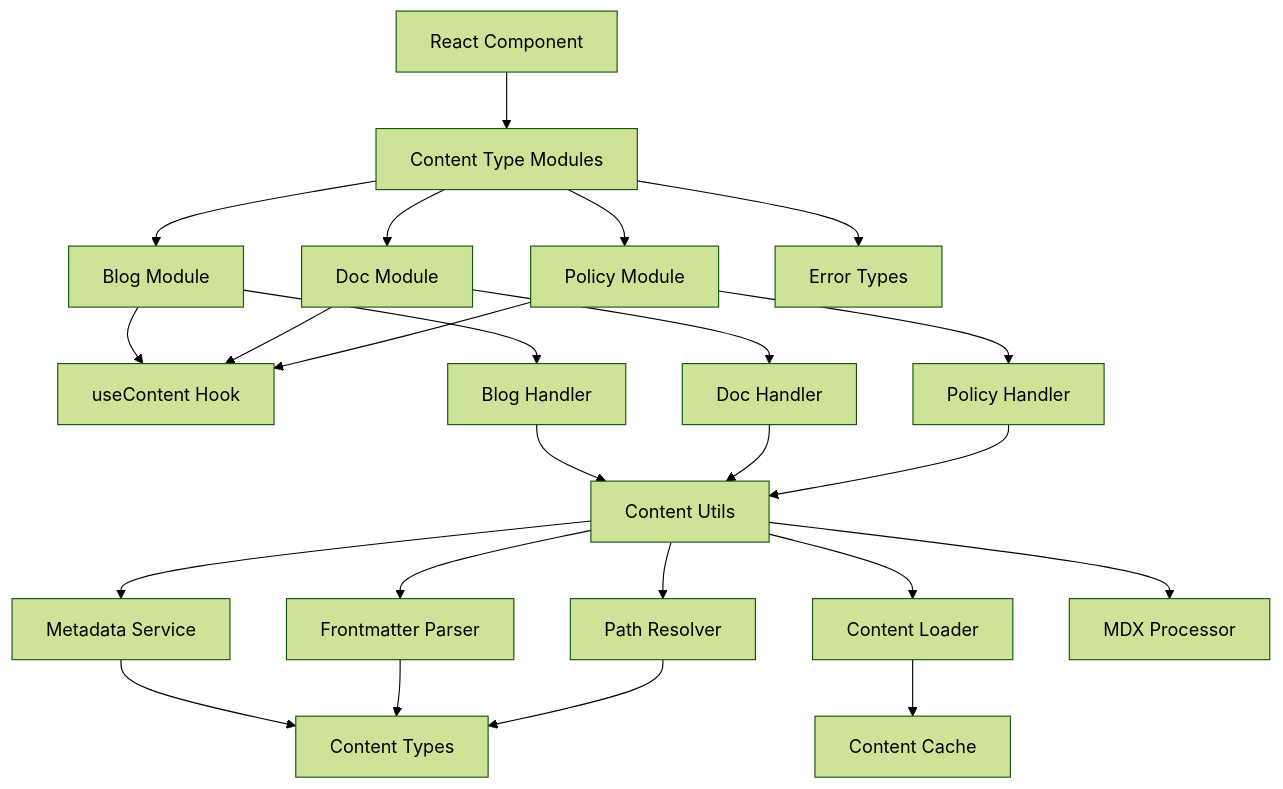
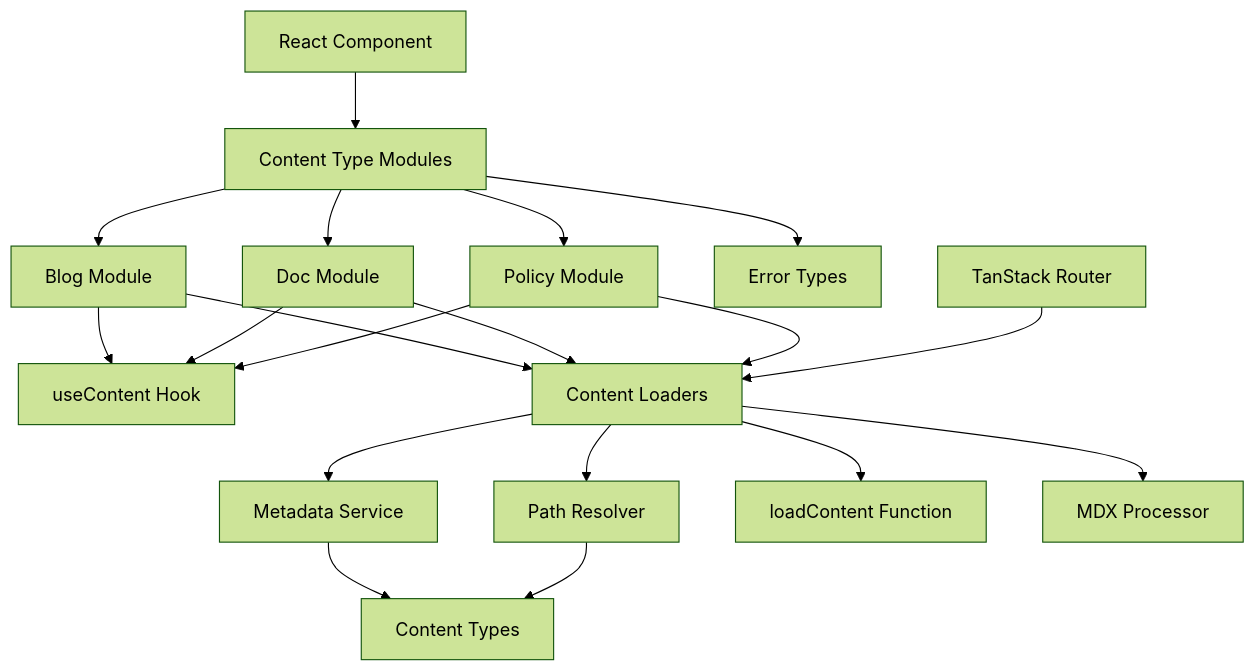
Before and after one commit to Mirascope/website: the diagram in src/lib/content/DESIGN.md, drawn with Mermaid (forest theme). The commit also changed other lines of this file and 41 other files, not shown here.

````diff
--- a/src/lib/content/DESIGN.md
+++ b/src/lib/content/DESIGN.md
@@ -9,31 +9,26 @@
 ```mermaid
 graph TD
     Component[React Component] --> ContentModules[Content Type Modules]
     ContentModules --> BlogModule[Blog Module]
     ContentModules --> DocModule[Doc Module]
     ContentModules --> PolicyModule[Policy Module]
     
     BlogModule --> useContent[useContent Hook]
     DocModule --> useContent
     PolicyModule --> useContent
     
-    BlogModule --> BlogHandler[Blog Handler]
-    DocModule --> DocHandler[Doc Handler]
-    PolicyModule --> PolicyHandler[Policy Handler]
+    BlogModule --> ContentLoaders[Content Loaders]
+    DocModule --> ContentLoaders
+    PolicyModule --> ContentLoaders
     
-    BlogHandler --> ContentUtils[Content Utils]
-    DocHandler --> ContentUtils
-    PolicyHandler --> ContentUtils
+    ContentLoaders --> PathResolver[Path Resolver]
+    ContentLoaders --> MetadataService[Metadata Service]
+    ContentLoaders --> ContentLoader[loadContent Function]
+    ContentLoaders --> MDXProcessor[MDX Processor]
     
-    ContentUtils --> PathResolver[Path Resolver]
-    ContentUtils --> MetadataService[Metadata Service]
-    ContentUtils --> ContentLoader[Content Loader]
-    ContentUtils --> FrontmatterParser[Frontmatter Parser]
-    ContentUtils --> MDXProcessor[MDX Processor]
-    
-    ContentLoader --> ContentCache[Content Cache]
     MetadataService --> ContentTypes[Content Types]
-    FrontmatterParser --> ContentTypes
     PathResolver --> ContentTypes
     ContentModules --> ErrorHandling[Error Types]
+    
+    Router[TanStack Router] --> ContentLoaders
 ```
````
